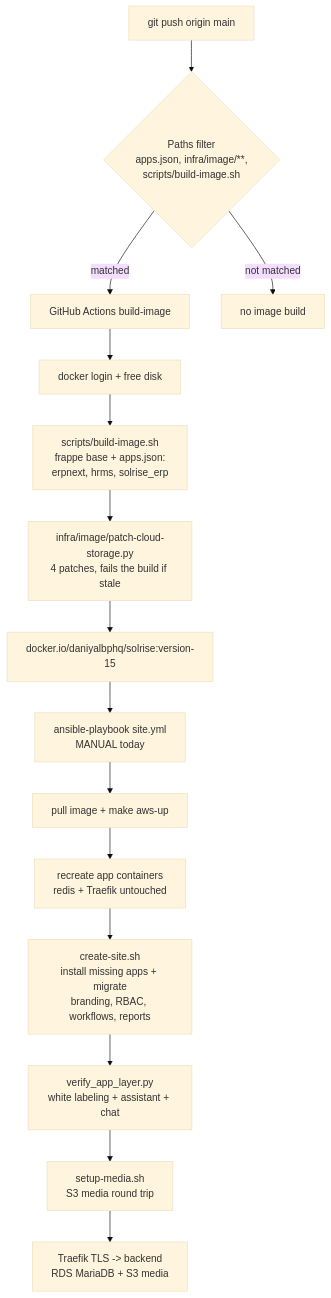
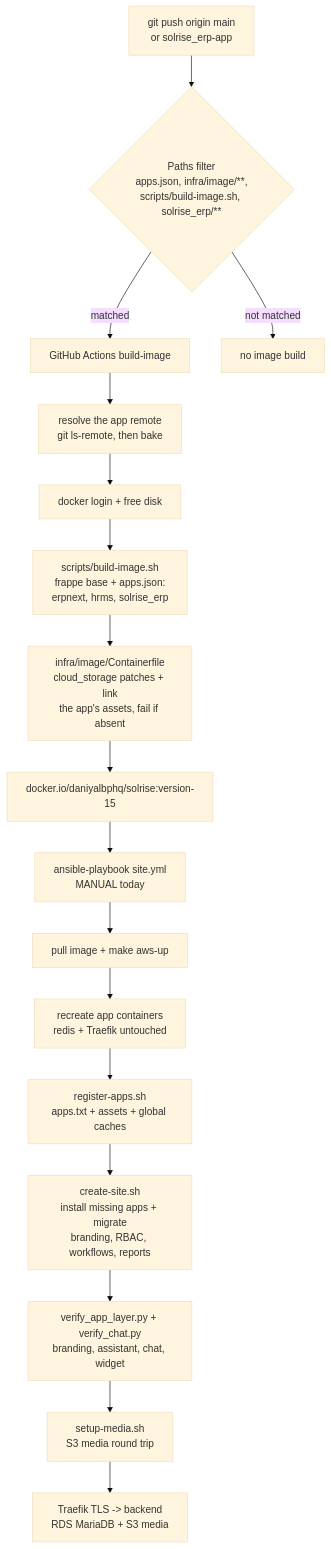
One commit to daniyalbphq-commits/solrise-erp changed the first of 2 diagrams in docs/16-deployment-pipeline-status.md. Above: the diagram before and after it, drawn with Mermaid (base theme). The commit also changed other lines of this file and 2 other files, not shown here.

First line of the commit message:
Record the app deployment and its traps

````diff
--- a/docs/16-deployment-pipeline-status.md
+++ b/docs/16-deployment-pipeline-status.md
@@ -14,17 +14,19 @@
 ```mermaid
 flowchart TD
-    A[git push origin main] --> B{Paths filter<br/>apps.json, infra/image/**,<br/>scripts/build-image.sh}
+    A[git push origin main<br/>or solrise_erp-app] --> B{Paths filter<br/>apps.json, infra/image/**,<br/>scripts/build-image.sh, solrise_erp/**}
     B -->|matched| C[GitHub Actions build-image]
     B -->|not matched| Z[no image build]
-    C --> D[docker login + free disk]
+    C --> C0[resolve the app remote<br/>git ls-remote, then bake]
+    C0 --> D[docker login + free disk]
     D --> E[scripts/build-image.sh<br/>frappe base + apps.json:<br/>erpnext, hrms, solrise_erp]
-    E --> F[infra/image/patch-cloud-storage.py<br/>4 patches, fails the build if stale]
+    E --> F[infra/image/Containerfile<br/>cloud_storage patches + link<br/>the app's assets, fail if absent]
     F --> G[docker.io/daniyalbphq/solrise:version-15]
     G --> H[ansible-playbook site.yml<br/>MANUAL today]
     H --> I[pull image + make aws-up]
     I --> J[recreate app containers<br/>redis + Traefik untouched]
-    J --> K[create-site.sh<br/>install missing apps + migrate<br/>branding, RBAC, workflows, reports]
-    K --> M[verify_app_layer.py<br/>white labeling + assistant + chat]
+    J --> J0[register-apps.sh<br/>apps.txt + assets + global caches]
+    J0 --> K[create-site.sh<br/>install missing apps + migrate<br/>branding, RBAC, workflows, reports]
+    K --> M[verify_app_layer.py + verify_chat.py<br/>branding, assistant, chat, widget]
     M --> N[setup-media.sh<br/>S3 media round trip]
     N --> L[Traefik TLS -> backend<br/>RDS MariaDB + S3 media]
 ```
````
